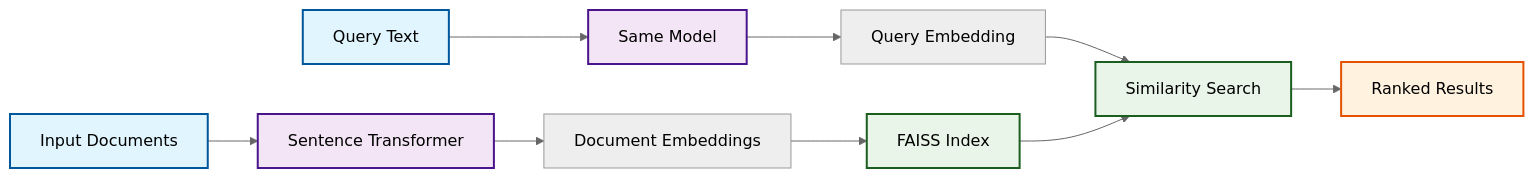
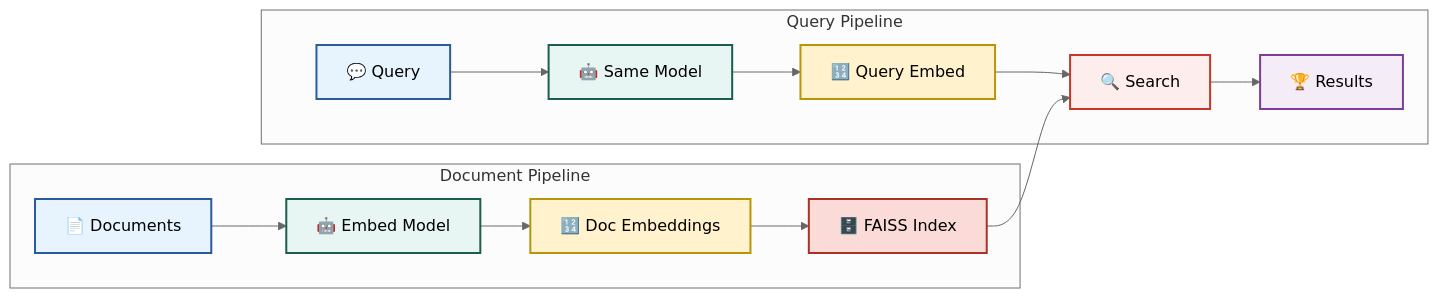
One commit to raphaelmansuy/tutorials changed the diagram in 32_embeddings/02_quick_start.md. Above: the diagram before and after it, drawn with Mermaid (neutral theme). The commit also changed 6 other files, not shown here.

````diff
--- a/32_embeddings/02_quick_start.md
+++ b/32_embeddings/02_quick_start.md
@@ -156,20 +156,37 @@
 ```mermaid
 flowchart LR
-    A[Input Documents] --> B[Sentence Transformer]
-    B --> C[Document Embeddings]
-    C --> D[FAISS Index]
-    
-    E[Query Text] --> F[Same Model]
-    F --> G[Query Embedding]
-    G --> H[Similarity Search]
-    D --> H
-    H --> I[Ranked Results]
-    
-    style A fill:#e1f5fe,stroke:#01579b,stroke-width:2px,color:#000
-    style E fill:#e1f5fe,stroke:#01579b,stroke-width:2px,color:#000
-    style B fill:#f3e5f5,stroke:#4a148c,stroke-width:2px,color:#000
-    style F fill:#f3e5f5,stroke:#4a148c,stroke-width:2px,color:#000
-    style D fill:#e8f5e8,stroke:#1b5e20,stroke-width:2px,color:#000
-    style H fill:#e8f5e8,stroke:#1b5e20,stroke-width:2px,color:#000
-    style I fill:#fff3e0,stroke:#e65100,stroke-width:2px,color:#000
-```
+    subgraph "Document Pipeline"
+        Docs[📄 Documents]
+        Model[🤖 Embed Model]
+        Embeds[🔢 Doc Embeddings]
+        Index[🗄️ FAISS Index]
+        Docs --> Model
+        Model --> Embeds
+        Embeds --> Index
+    end
+    subgraph "Query Pipeline"
+        Query[💬 Query]
+        QModel[🤖 Same Model]
+        QEmbed[🔢 Query Embed]
+        Search[🔍 Search]
+        Results[🏆 Results]
+        Query --> QModel
+        QModel --> QEmbed
+        QEmbed --> Search
+        Index --> Search
+        Search --> Results
+    end
+    %% Styles
+    classDef source fill:#E8F4FD,stroke:#2C5AA0,stroke-width:2px;
+    classDef service fill:#E8F6F3,stroke:#1B5E4F,stroke-width:2px;
+    classDef embed fill:#FFF2CC,stroke:#B7950B,stroke-width:2px;
+    classDef storage fill:#FADBD8,stroke:#A93226,stroke-width:2px;
+    classDef search fill:#FDEDEC,stroke:#C0392B,stroke-width:2px;
+    classDef result fill:#F4ECF7,stroke:#7D3C98,stroke-width:2px;
+    class Docs,Query source;
+    class Model,QModel service;
+    class Embeds,QEmbed embed;
+    class Index storage;
+    class Search search;
+    class Results result;
+``` 
````
